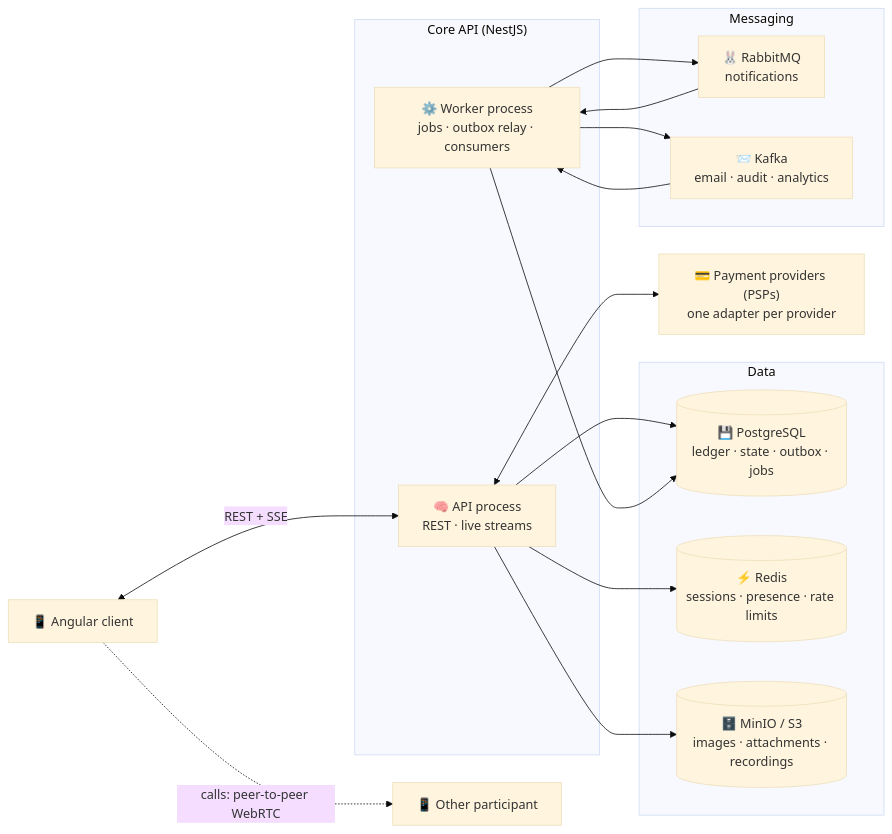
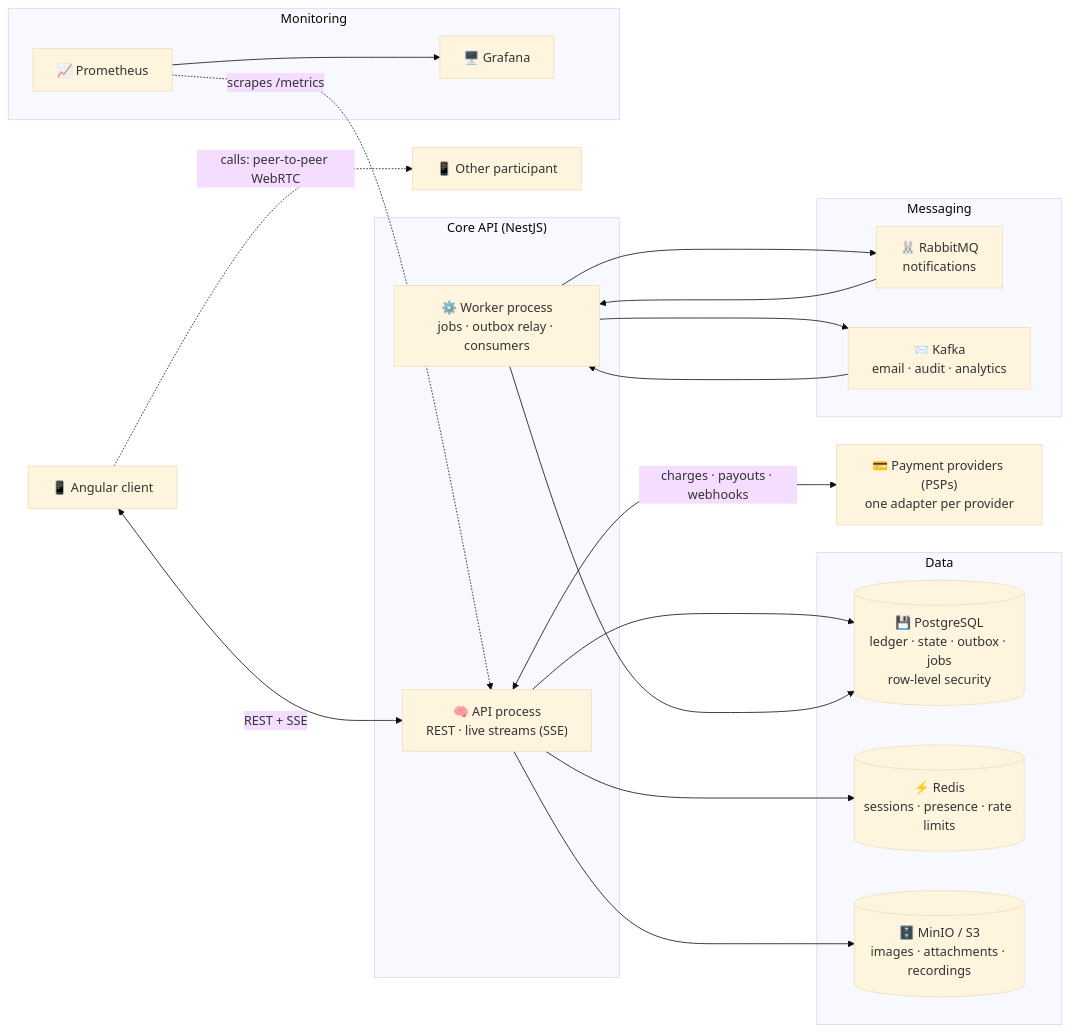
One commit to yavarguliyev/fin_ledger changed the first of 2 diagrams in README.md. Above: the diagram before and after it, drawn with Mermaid (base theme). The commit also changed other lines of this file and 19 other files, not shown here.

````diff
--- a/README.md
+++ b/README.md
@@ -103,35 +93,39 @@
 ```mermaid
 flowchart LR
     Browser["📱 Angular client"]
     Peer["📱 Other participant"]
+    PSP["💳 Payment providers (PSPs)<br/>one adapter per provider"]
 
     subgraph App["Core API (NestJS)"]
-        API["🧠 API process<br/>REST · live streams"]
+        API["🧠 API process<br/>REST · live streams (SSE)"]
         Worker["⚙️ Worker process<br/>jobs · outbox relay · consumers"]
     end
 
     subgraph Data["Data"]
-        DB[("💾 PostgreSQL<br/>ledger · state · outbox · jobs")]
+        DB[("💾 PostgreSQL<br/>ledger · state · outbox · jobs<br/>row-level security")]
         Redis[("⚡ Redis<br/>sessions · presence · rate limits")]
         Files[("🗄️ MinIO / S3<br/>images · attachments · recordings")]
     end
 
     subgraph Messaging["Messaging"]
         Rabbit["🐰 RabbitMQ<br/>notifications"]
         Kafka["📨 Kafka<br/>email · audit · analytics"]
     end
 
-    PSP["💳 Payment providers (PSPs)<br/>one adapter per provider"]
+    subgraph Monitoring["Monitoring"]
+        Prom["📈 Prometheus"] --> Grafana["🖥️ Grafana"]
+    end
 
     Browser <-->|REST + SSE| API
     Browser -.->|"calls: peer-to-peer WebRTC"| Peer
     API --> DB
     API --> Redis
     API --> Files
-    API <--> PSP
+    API <-->|charges · payouts · webhooks| PSP
     Worker --> DB
     Worker --> Rabbit
     Worker --> Kafka
     Rabbit --> Worker
     Kafka --> Worker
+    Prom -.->|scrapes /metrics| API
 ```
````
